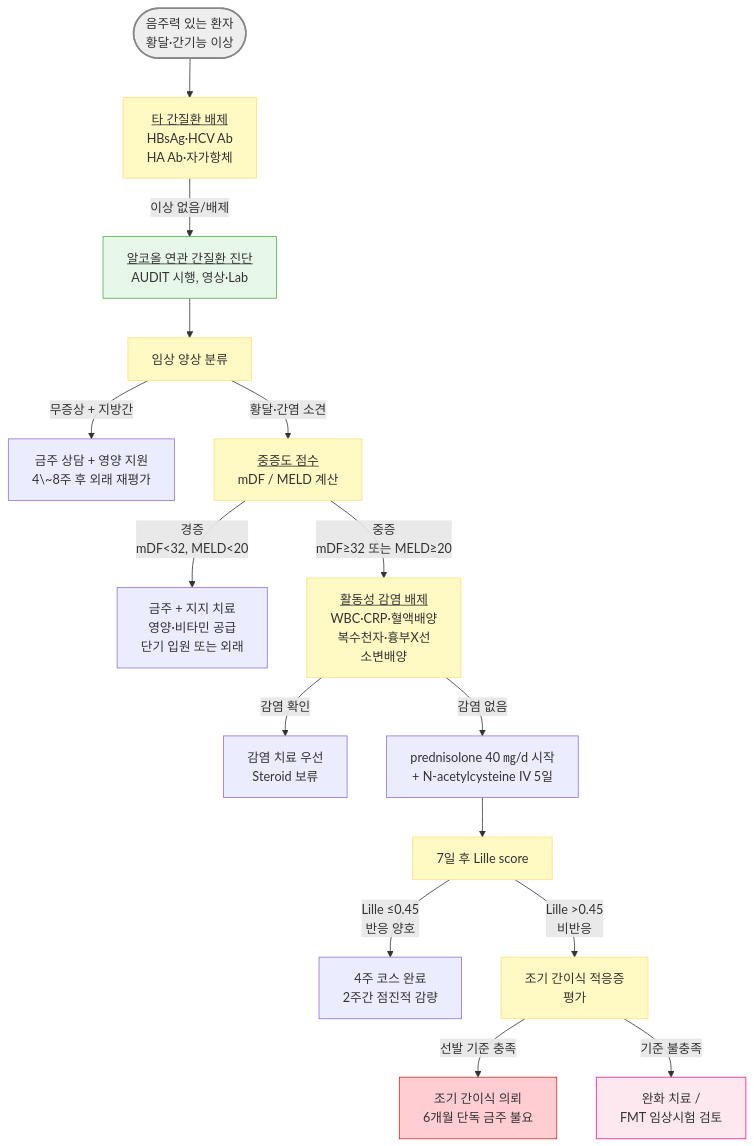
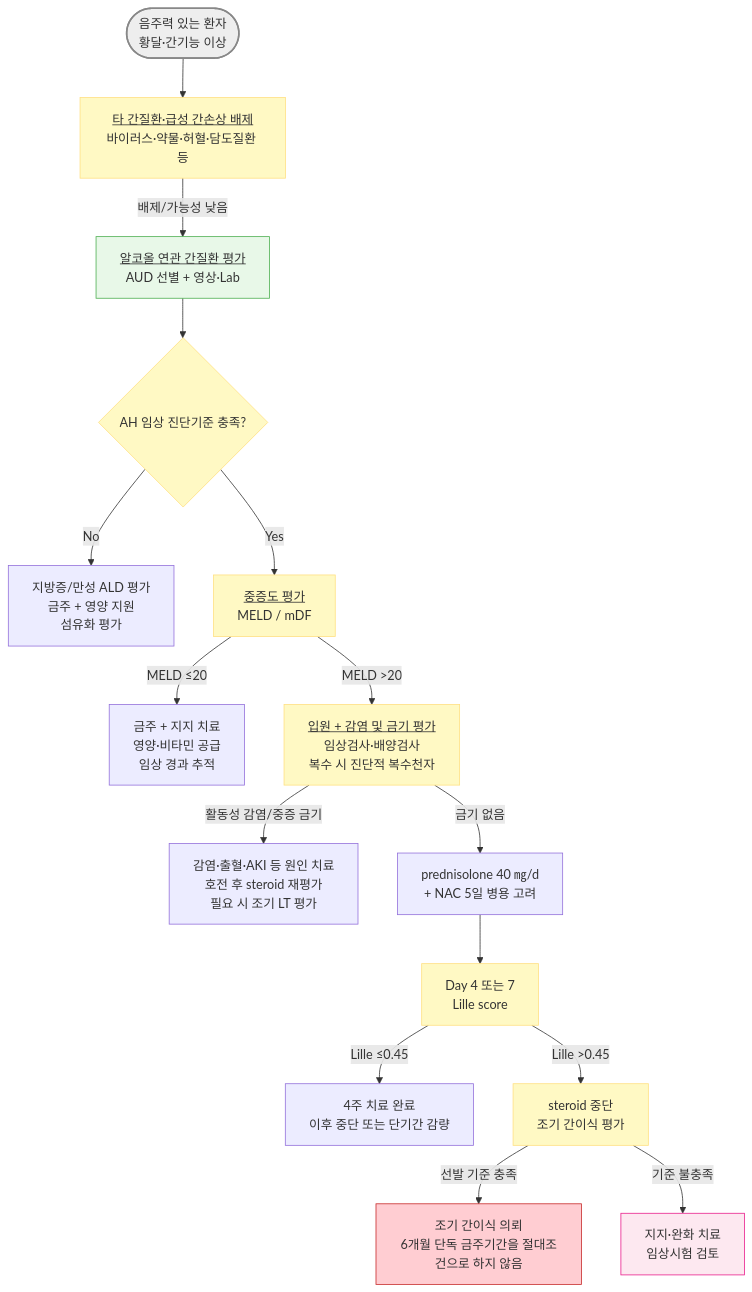
One commit to familyoh77/familyoh77 changed the diagram in 224_/094_-alcoholic-liver-disease.md. Above: the diagram before and after it, drawn with Mermaid. The commit also changed other lines of this file, not shown here.

````diff
--- a/224_/094_-alcoholic-liver-disease.md
+++ b/224_/094_-alcoholic-liver-disease.md
@@ -121,25 +134,24 @@
 ```mermaid
 graph TD
-    A([음주력 있는 환자<br/>황달·간기능 이상]) --> B[<u>타 간질환 배제</u><br/>HBsAg·HCV Ab<br/>HA Ab·자가항체]
-    B -->|이상 없음/배제| C[<u>알코올 연관 간질환 진단</u><br/>AUDIT 시행, 영상·Lab]
-    C --> D[임상 양상 분류]
-    D -->|무증상 + 지방간| E[금주 상담 + 영양 지원<br/>4\~8주 후 외래 재평가]
-    D -->|황달·간염 소견| F[<u>중증도 점수</u><br/>mDF / MELD 계산]
-    F -->|경증<br/>mDF<32, MELD<20| G[금주 + 지지 치료<br/>영양·비타민 공급<br/>단기 입원 또는 외래]
-    F -->|중증<br/>mDF≥32 또는 MELD≥20| H[<u>활동성 감염 배제</u><br/>WBC·CRP·혈액배양<br/>복수천자·흉부X선<br/>소변배양]
-    H -->|감염 확인| I[감염 치료 우선<br/>Steroid 보류]
-    H -->|감염 없음| J[prednisolone 40 ㎎/d 시작<br/>+ N-acetylcysteine IV 5일]
-    J --> K[7일 후 Lille score]
-    K -->|Lille ≤0.45<br/>반응 양호| L[4주 코스 완료<br/>2주간 점진적 감량]
-    K -->|Lille >0.45<br/>비반응| M[조기 간이식 적응증<br/>평가]
-    M -->|선발 기준 충족| N[조기 간이식 의뢰<br/>6개월 단독 금주 불요]
-    M -->|기준 불충족| O[완화 치료 / <br/>FMT 임상시험 검토]
-
+    A([음주력 있는 환자<br/>황달·간기능 이상]) --> B[<u>타 간질환·급성 간손상 배제</u><br/>바이러스·약물·허혈·담도질환 등]
+    B -->|배제/가능성 낮음| C[<u>알코올 연관 간질환 평가</u><br/>AUD 선별 + 영상·Lab]
+    C --> D{AH 임상 진단기준 충족?}
+    D -->|No| E[지방증/만성 ALD 평가<br/>금주 + 영양 지원<br/>섬유화 평가]
+    D -->|Yes| F[<u>중증도 평가</u><br/>MELD / mDF]
+    F -->|MELD ≤20| G[금주 + 지지 치료<br/>영양·비타민 공급<br/>임상 경과 추적]
+    F -->|MELD >20| H[<u>입원 + 감염 및 금기 평가</u><br/>임상검사·배양검사<br/>복수 시 진단적 복수천자]
+    H -->|활동성 감염/중증 금기| I[감염·출혈·AKI 등 원인 치료<br/>호전 후 steroid 재평가<br/>필요 시 조기 LT 평가]
+    H -->|금기 없음| J[prednisolone 40 ㎎/d<br/>+ NAC 5일 병용 고려]
+    J --> K[Day 4 또는 7<br/>Lille score]
+    K -->|Lille ≤0.45| L[4주 치료 완료<br/>이후 중단 또는 단기간 감량]
+    K -->|Lille >0.45| M[steroid 중단<br/>조기 간이식 평가]
+    M -->|선발 기준 충족| N[조기 간이식 의뢰<br/>6개월 단독 금주기간을 절대조건으로 하지 않음]
+    M -->|기준 불충족| O[지지·완화 치료<br/>임상시험 검토]
 
 style A fill:#eeeeee,stroke:#888888,stroke-width:2px
 classDef yellow fill:#fff9c4,stroke:#ffe082
 class B,D,F,H,M,K yellow
 style C fill:#e8f8e8,stroke:#4caf50
 style N fill:#ffcdd2,stroke:#c62828
 style O fill:#fde8f0,stroke:#e91e8c
 ```
````
